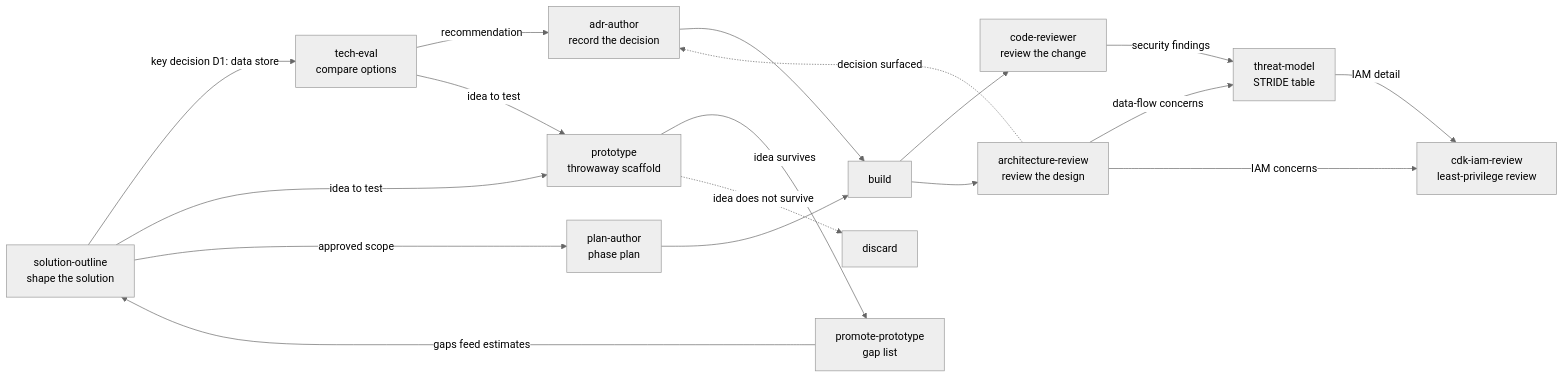
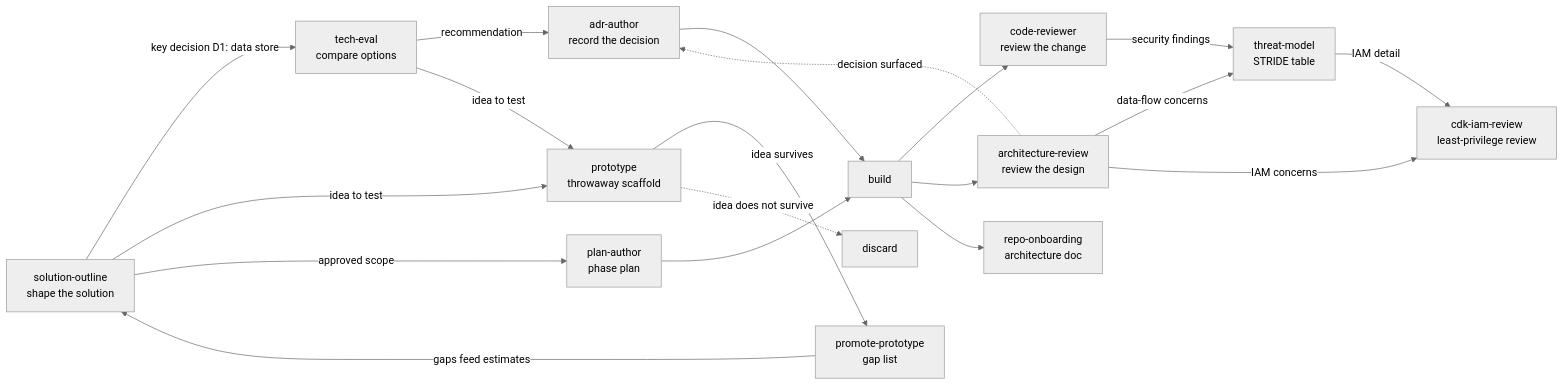
The diagram in docs/examples/README.md (leanstacks/lstk), drawn with Mermaid (neutral theme) before and after one commit. The commit also changed other lines of this file and 22 other files, not shown here.

First line of the commit message:
Write docs/ARCHITECTURE.md from repo-onboarding, release lstk 0.6.0 (#28)

````diff
--- a/docs/examples/README.md
+++ b/docs/examples/README.md
@@ -6,20 +6,21 @@
 ```mermaid
 flowchart LR
     A["solution-outline<br/>shape the solution"] -- "key decision D1: data store" --> B["tech-eval<br/>compare options"]
     B -- "recommendation" --> C["adr-author<br/>record the decision"]
     C --> D["build"]
     D --> E["code-reviewer<br/>review the change"]
     D --> F["architecture-review<br/>review the design"]
     F -- "data-flow concerns" --> G["threat-model<br/>STRIDE table"]
     E -- "security findings" --> G
     F -- "IAM concerns" --> H["cdk-iam-review<br/>least-privilege review"]
     G -- "IAM detail" --> H
     F -. "decision surfaced" .-> C
     A -- "idea to test" --> P["prototype<br/>throwaway scaffold"]
     B -- "idea to test" --> P
     P -- "idea survives" --> Q["promote-prototype<br/>gap list"]
     Q -- "gaps feed estimates" --> A
     P -. "idea does not survive" .-> X["discard"]
     A -- "approved scope" --> L["plan-author<br/>phase plan"]
     L --> D
+    D --> R["repo-onboarding<br/>architecture doc"]
 ```
````
